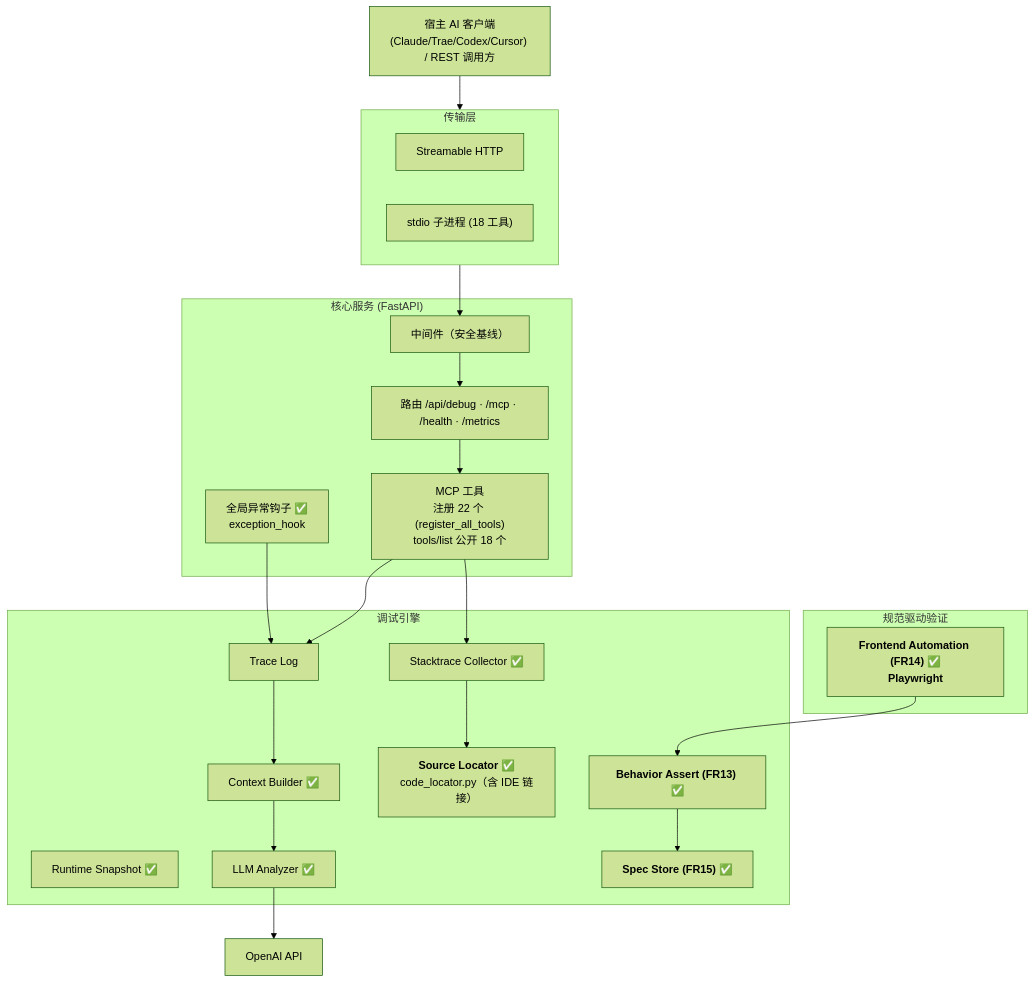
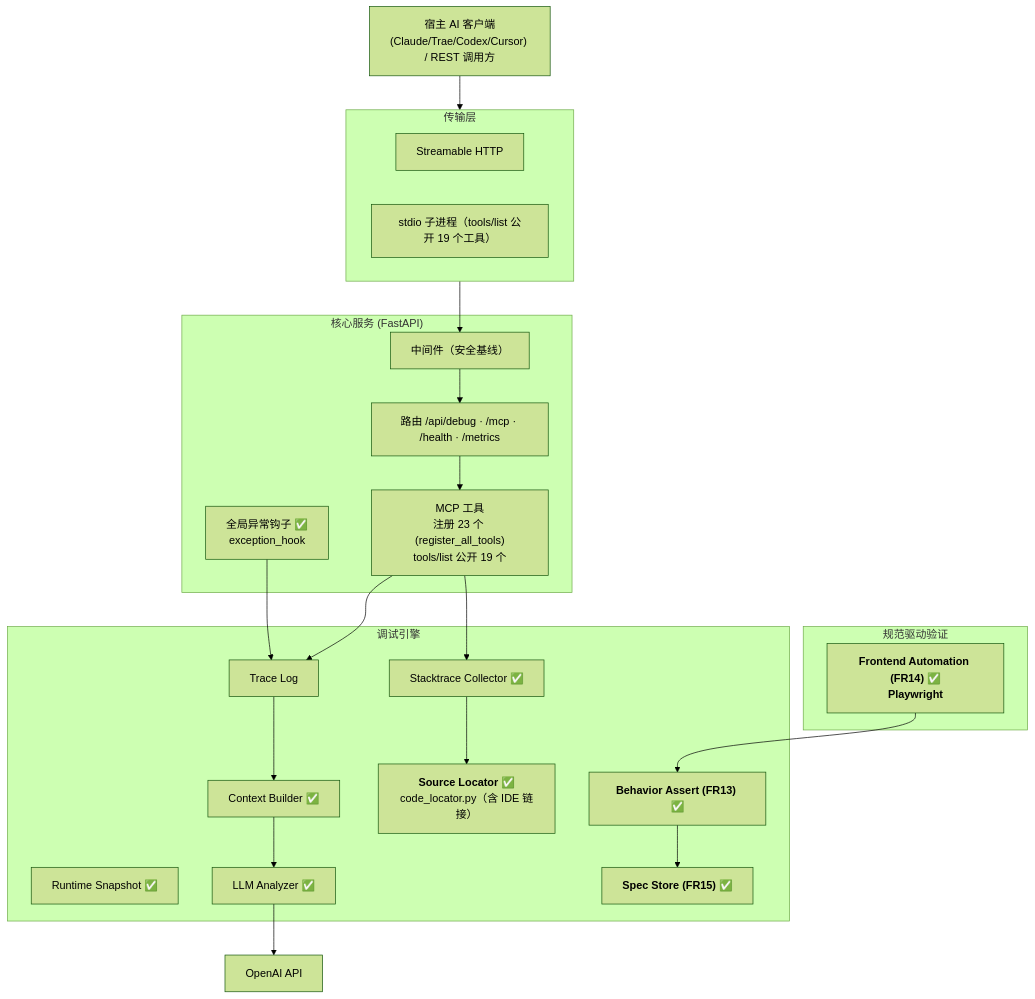
Before and after one commit to lujoai/Lujo-MCP: the first of 3 diagrams in docs/public/PRD.md, drawn with Mermaid (forest theme). The commit also changed other lines of this file and 13 other files, not shown here.

````diff
--- a/docs/public/PRD.md
+++ b/docs/public/PRD.md
@@ -397,42 +399,42 @@
 ```mermaid
 flowchart TB
     Client["宿主 AI 客户端<br/>(Claude/Trae/Codex/Cursor) / REST 调用方"]
 
     subgraph Transport["传输层"]
         HTTP["Streamable HTTP"]
-        STDIO["stdio 子进程 (18 工具)"]
+        STDIO["stdio 子进程（tools/list 公开 19 个工具）"]
     end
 
     subgraph Core["核心服务 (FastAPI)"]
         Hook["全局异常钩子 ✅<br/>exception_hook"]
         MW["中间件（安全基线）"]
         Router["路由 /api/debug · /mcp · /health · /metrics"]
-        Tools["MCP 工具<br/>注册 22 个 (register_all_tools)<br/>tools/list 公开 18 个"]
+        Tools["MCP 工具<br/>注册 23 个 (register_all_tools)<br/>tools/list 公开 19 个"]
     end
 
     subgraph Engine["调试引擎"]
         Logs["Trace Log"]
         Builder["Context Builder ✅"]
         Stack["Stacktrace Collector ✅"]
         Locator["<b>Source Locator ✅</b><br/>code_locator.py（含 IDE 链接）"]
         Runtime["Runtime Snapshot ✅"]
         Analyzer["LLM Analyzer ✅"]
         Assert["<b>Behavior Assert (FR13) ✅</b>"]
         SpecStore["<b>Spec Store (FR15) ✅</b>"]
     end
 
     subgraph Verify["规范驱动验证"]
         E2E["<b>Frontend Automation (FR14) ✅<br/>Playwright</b>"]
     end
 
     Client --> Transport
     Hook --> Logs
     Transport --> MW --> Router --> Tools
     Tools --> Logs --> Builder
     Tools --> Stack
     Stack --> Locator
     Builder --> Analyzer
     Analyzer --> LLM["OpenAI API"]
     Assert --> SpecStore
     E2E --> Assert
 ```
````
